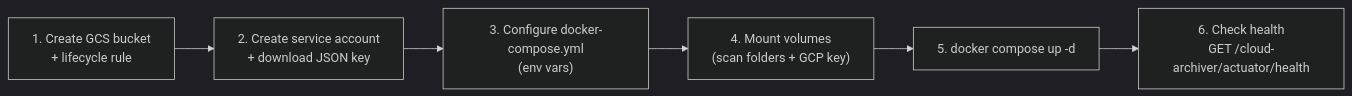
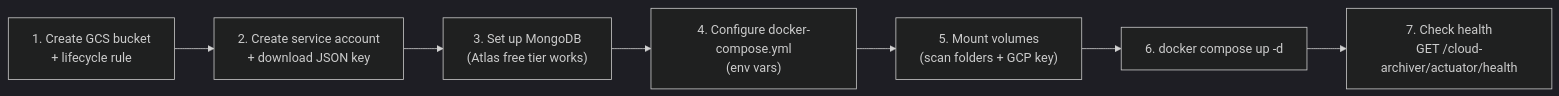
One commit to ringuerel/cloud-archiver changed the diagram in docs/README.md. Above: the diagram before and after it, drawn with Mermaid (dark theme). The commit also changed other lines of this file and 5 other files, not shown here.

````diff
--- a/docs/README.md
+++ b/docs/README.md
@@ -24,8 +26,9 @@
 ```mermaid
 flowchart LR
     A["1. Create GCS bucket\n+ lifecycle rule"] --> B["2. Create service account\n+ download JSON key"]
-    B --> C["3. Configure docker-compose.yml\n(env vars)"]
-    C --> D["4. Mount volumes\n(scan folders + GCP key)"]
-    D --> E["5. docker compose up -d"]
-    E --> F["6. Check health\nGET /cloud-archiver/actuator/health"]
+    B --> C["3. Set up MongoDB\n(Atlas free tier works)"]
+    C --> D["4. Configure docker-compose.yml\n(env vars)"]
+    D --> E["5. Mount volumes\n(scan folders + GCP key)"]
+    E --> F["6. docker compose up -d"]
+    F --> G["7. Check health\nGET /cloud-archiver/actuator/health"]
 ```
````
